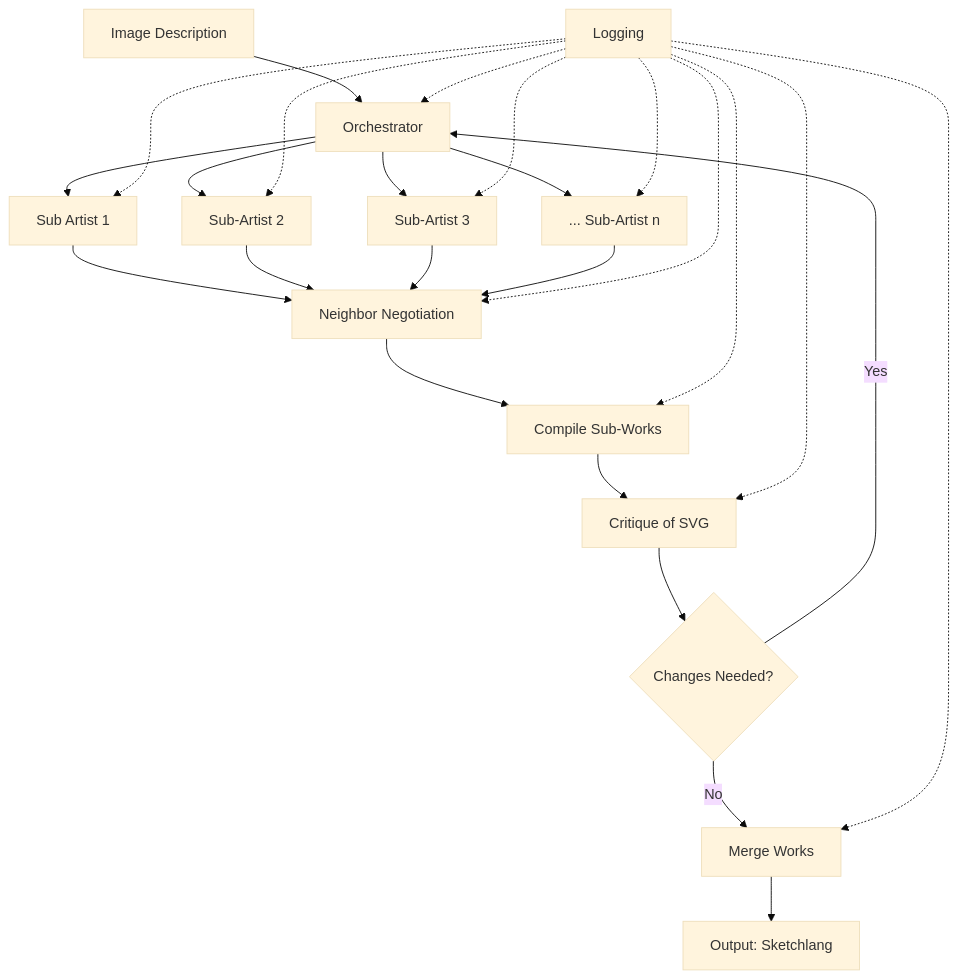
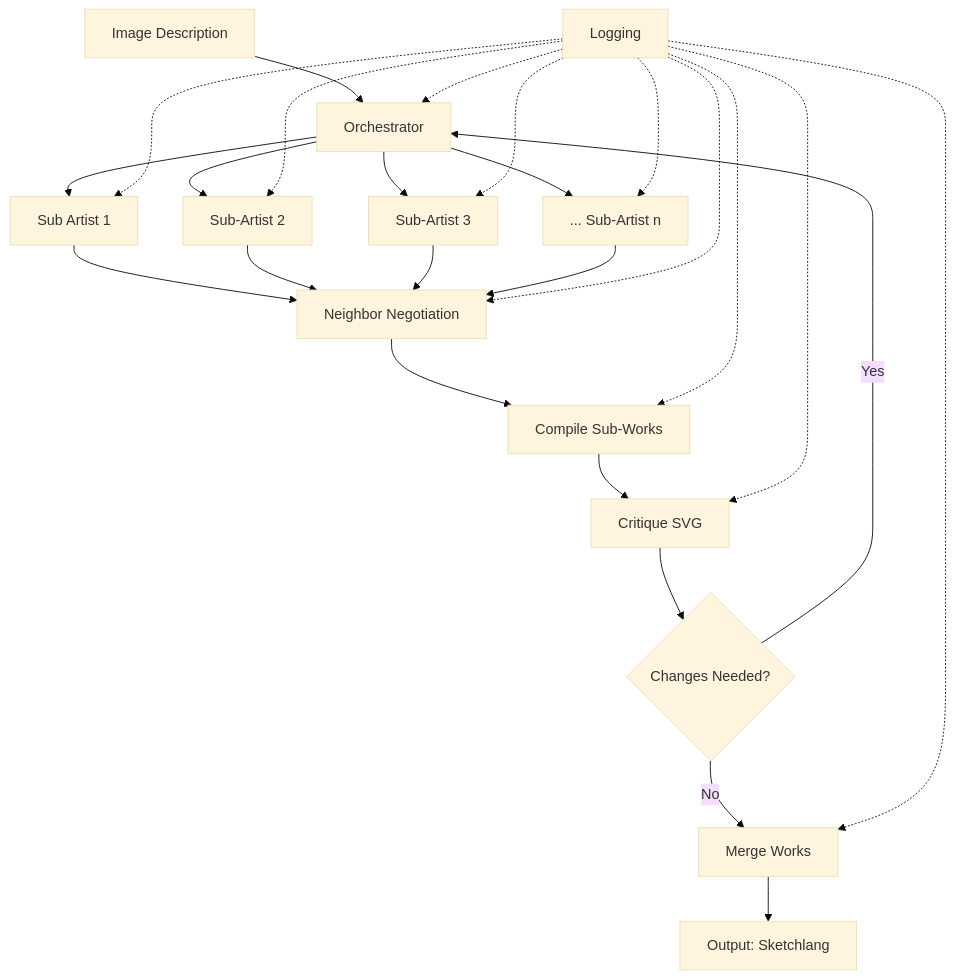
Before and after one commit to TheMaslowsDilemma/sketchthis-studio: the diagram in README.md, drawn with Mermaid (base theme).

Commit message:
add spaces

````diff
--- a/README.md
+++ b/README.md
@@ -20,19 +20,19 @@
 ```mermaid
 flowchart TD
-    A[Image Description] --> B[Orchestrator]
-    B --> C1[Sub Artist 1]
-    B --> C2[Sub-Artist 2]
-    B --> C3[Sub-Artist 3]
-    B --> Cn[... Sub-Artist n]
-    C1 --> D[Neighbor Negotiation]
+    A[Image Description] --> B[ Orchestrator ]
+    B --> C1[ Sub Artist 1]
+    B --> C2[ Sub-Artist 2 ]
+    B --> C3[ Sub-Artist 3 ]
+    B --> Cn[... Sub-Artist n ]
+    C1 --> D[ Neighbor Negotiation ]
     C2 --> D
     C3 --> D
     Cn --> D
-    D --> E[Compile Sub-Works]
-    E --> F[Critique of SVG]
-    F --> G{Changes Needed?}
+    D --> E[ Compile Sub-Works ]
+    E --> F[ Critique SVG ]
+    F --> G{ Changes Needed? }
     G -->|Yes| B
-    G -->|No| H[Merge Works]
-    H --> I[Output: Sketchlang]
-    J[Logging] -.-> B & C1 & C2 & C3 & Cn & D & E & F & H
+    G -->|No| H[ Merge Works ]
+    H --> I[ Output: Sketchlang ]
+    J[ Logging ] -.-> B & C1 & C2 & C3 & Cn & D & E & F & H
 ```
````
